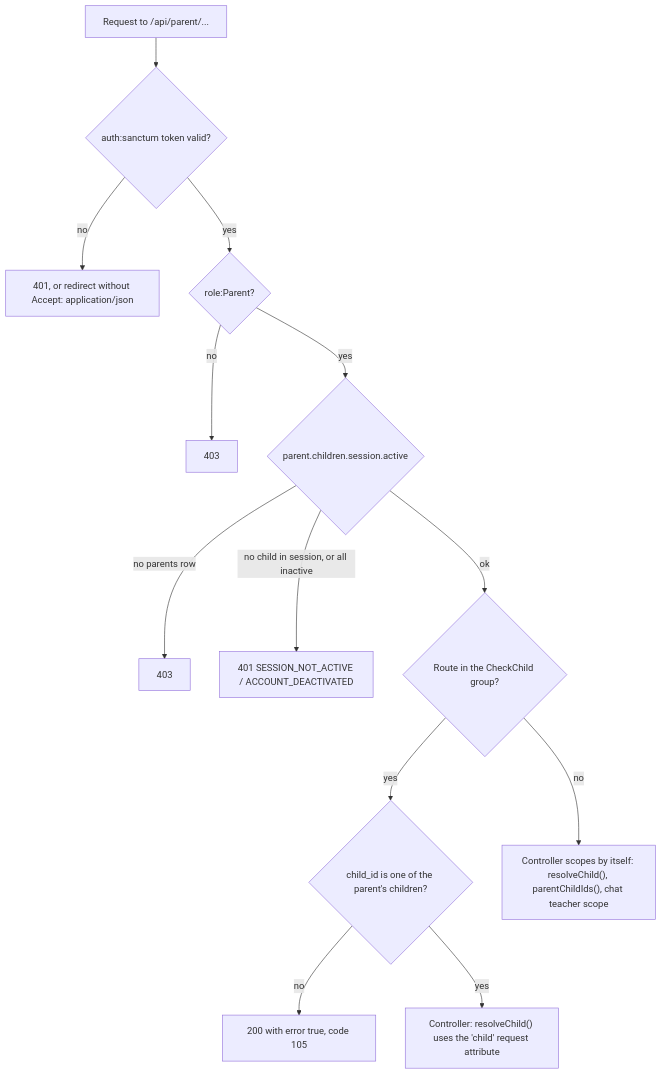
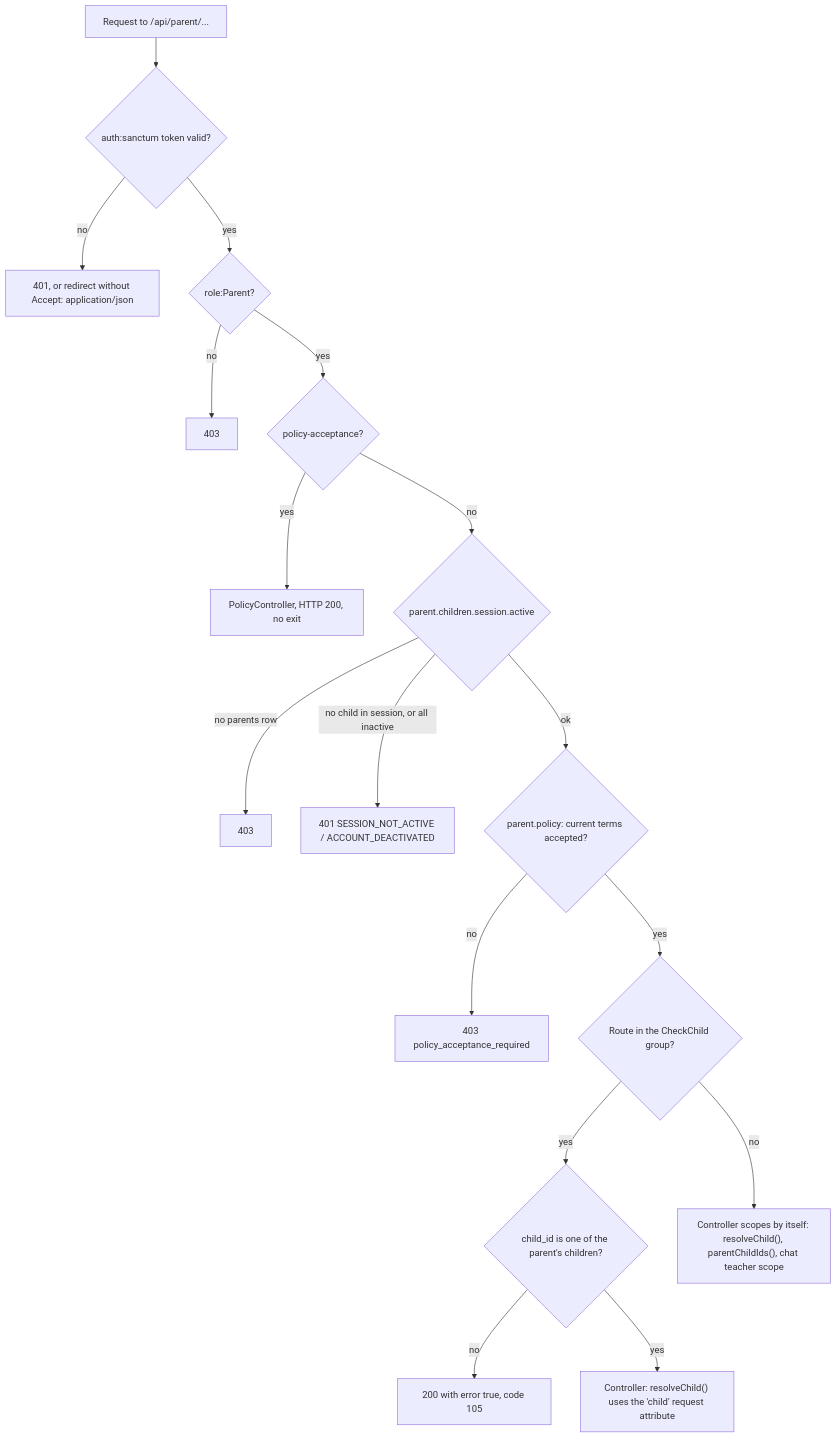
Before and after one commit to ShawnDaPrawn/Eschool: the first of 2 diagrams in wiki/API-Parent.md, drawn with Mermaid. The commit also changed other lines of this file and 40 other files, not shown here.

````diff
--- a/wiki/API-Parent.md
+++ b/wiki/API-Parent.md
@@ -61,15 +63,19 @@
 ```mermaid
 flowchart TD
     A["Request to /api/parent/..."] --> B{"auth:sanctum token valid?"}
     B -- no --> X1["401, or redirect without Accept: application/json"]
     B -- yes --> C{"role:Parent?"}
     C -- no --> X2["403"]
-    C -- yes --> D{"parent.children.session.active"}
+    C -- yes --> P{"policy-acceptance?"}
+    P -- yes --> Q["PolicyController, HTTP 200, no exit"]
+    P -- no --> D{"parent.children.session.active"}
     D -- "no parents row" --> X3["403"]
     D -- "no child in session, or all inactive" --> X4["401 SESSION_NOT_ACTIVE / ACCOUNT_DEACTIVATED"]
-    D -- ok --> E{"Route in the CheckChild group?"}
+    D -- ok --> R{"parent.policy: current terms accepted?"}
+    R -- no --> X6["403 policy_acceptance_required"]
+    R -- yes --> E{"Route in the CheckChild group?"}
     E -- yes --> F{"child_id is one of the parent's children?"}
     F -- no --> X5["200 with error true, code 105"]
     F -- yes --> G["Controller: resolveChild() uses the 'child' request attribute"]
     E -- no --> H["Controller scopes by itself: resolveChild(), parentChildIds(), chat teacher scope"]
 ```
````
